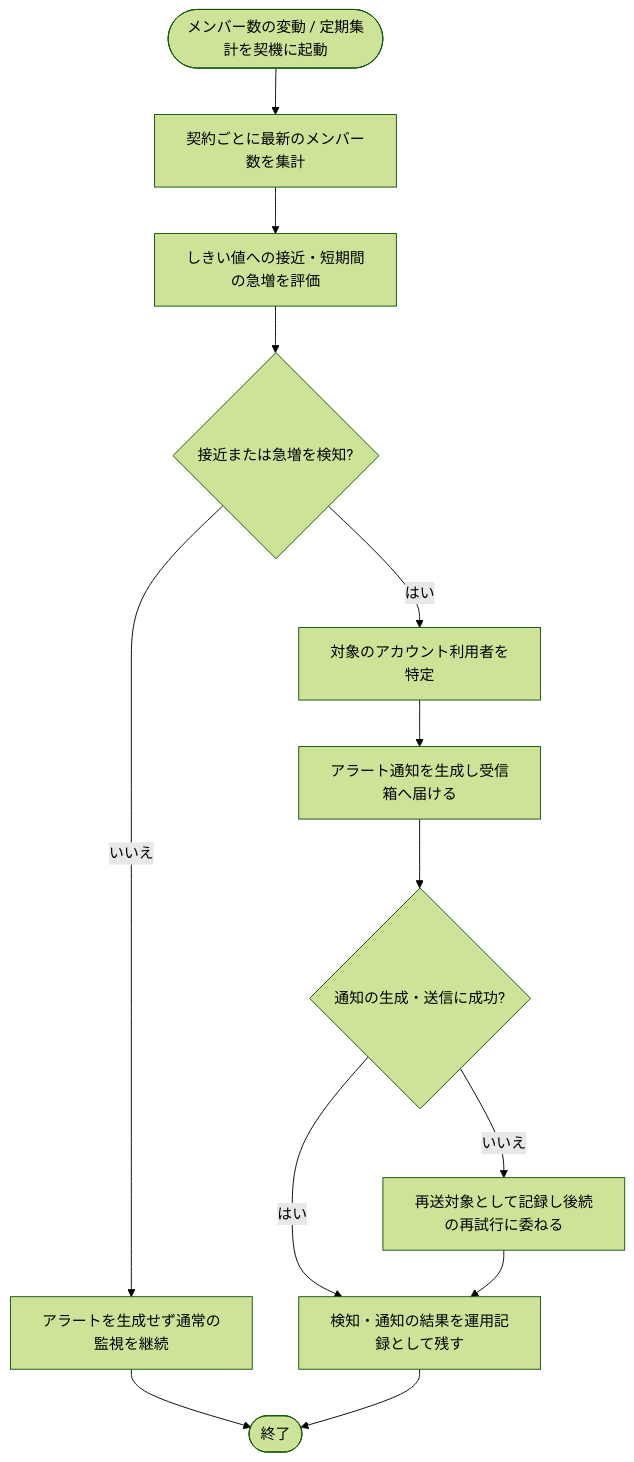
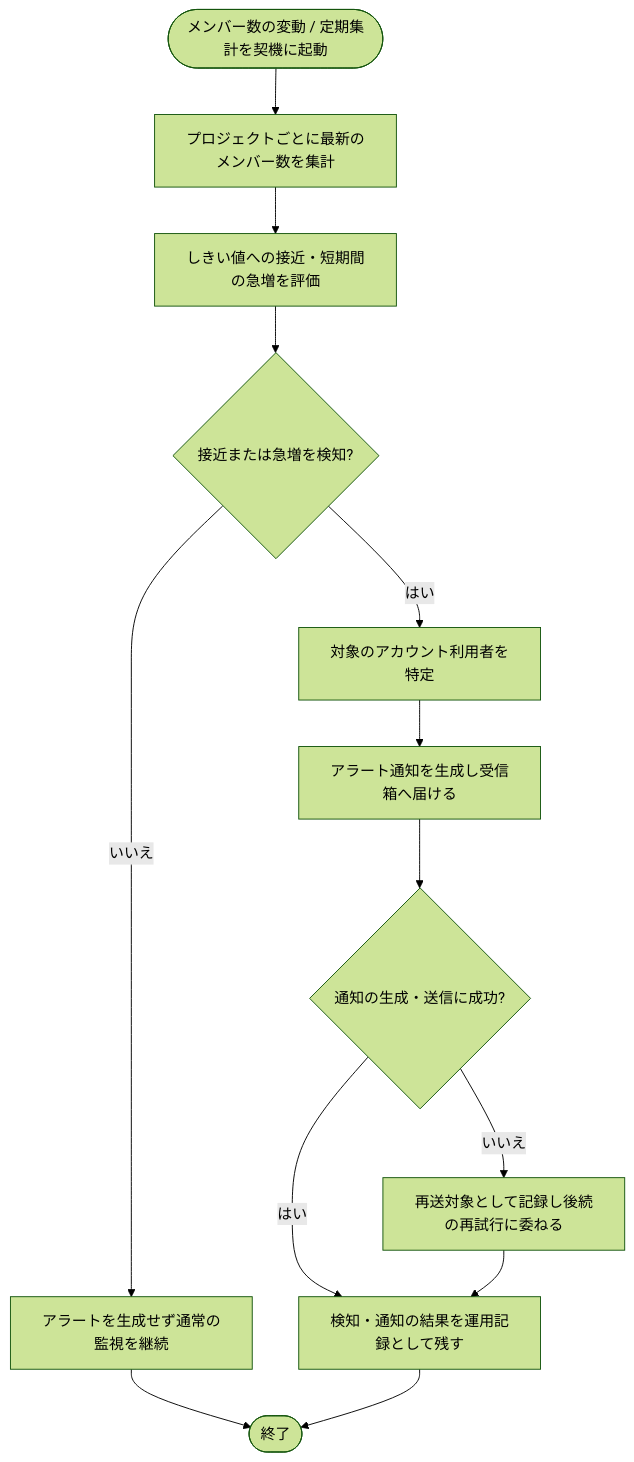
One commit to sikakou54/open-faq changed the diagram in 02_basic_design/02_backend/01_system/SYS-001.md. Above: the diagram before and after it, drawn with Mermaid (forest theme). The commit also changed other lines of this file and 294 other files, not shown here.

````diff
--- a/02_basic_design/02_backend/01_system/SYS-001.md
+++ b/02_basic_design/02_backend/01_system/SYS-001.md
@@ -29,15 +29,15 @@
 ```mermaid
 flowchart TB
-  start([メンバー数の変動 / 定期集計を契機に起動]) --> agg[契約ごとに最新のメンバー数を集計]
+  start([メンバー数の変動 / 定期集計を契機に起動]) --> agg[プロジェクトごとに最新のメンバー数を集計]
   agg --> eval[しきい値への接近・短期間の急増を評価]
   eval --> judge{接近または急増を検知?}
   judge -- いいえ --> watch[アラートを生成せず通常の監視を継続]
   watch --> done([終了])
   judge -- はい --> target[対象のアカウント利用者を特定]
   target --> notify[アラート通知を生成し受信箱へ届ける]
   notify --> sent{通知の生成・送信に成功?}
   sent -- はい --> record[検知・通知の結果を運用記録として残す]
   sent -- いいえ --> retry[再送対象として記録し後続の再試行に委ねる]
   retry --> record
   record --> done
 ```
````
